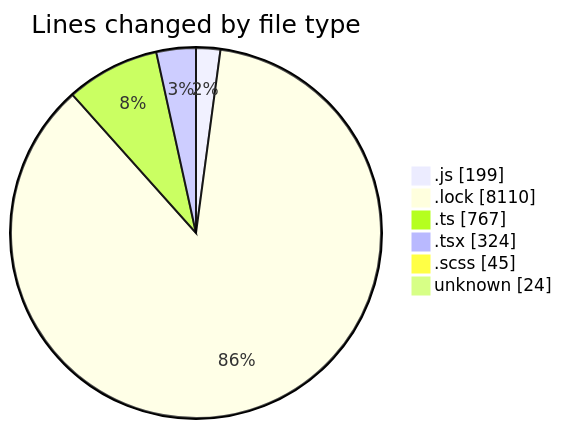
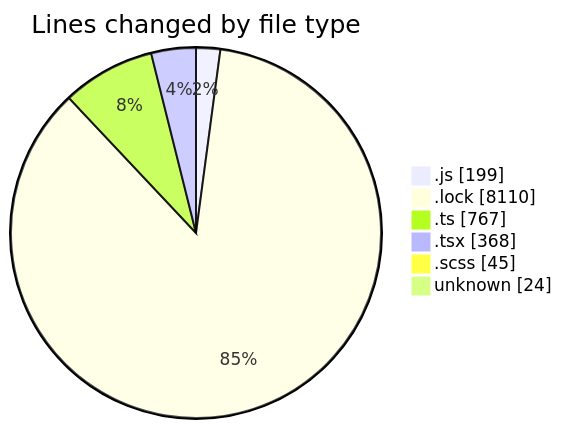
The first of 2 diagrams in 2025-02-07/cda/README.md (momahboobian/code-tracking), drawn with Mermaid before and after one commit. The commit also changed other lines of this file and 1 other file, not shown here.

````diff
--- a/2025-02-07/cda/README.md
+++ b/2025-02-07/cda/README.md
@@ -47,10 +47,10 @@
 ```mermaid
 pie showData
 title Lines changed by file type
 ".js" : 199
 ".lock" : 8110
 ".ts" : 767
-".tsx" : 324
+".tsx" : 368
 ".scss" : 45
 "unknown" : 24
 ```
````
